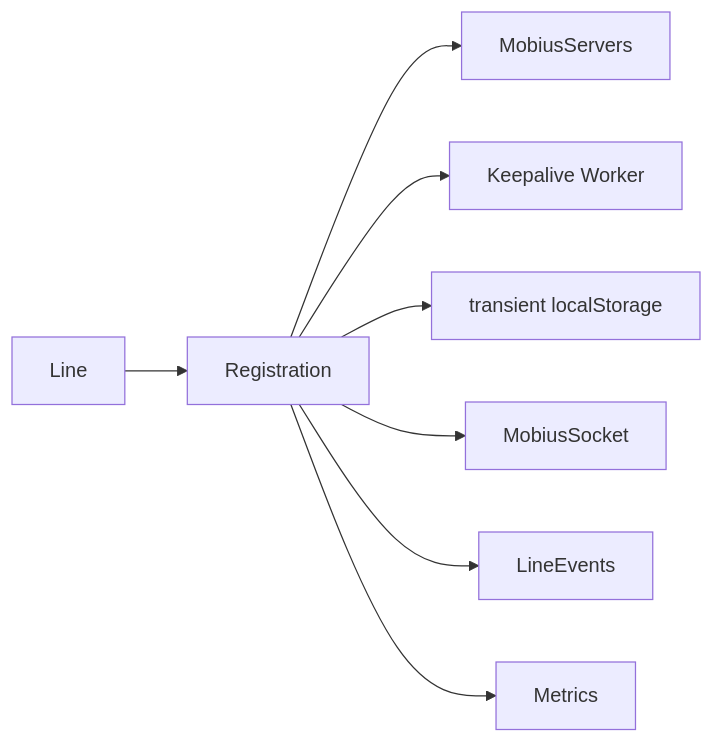
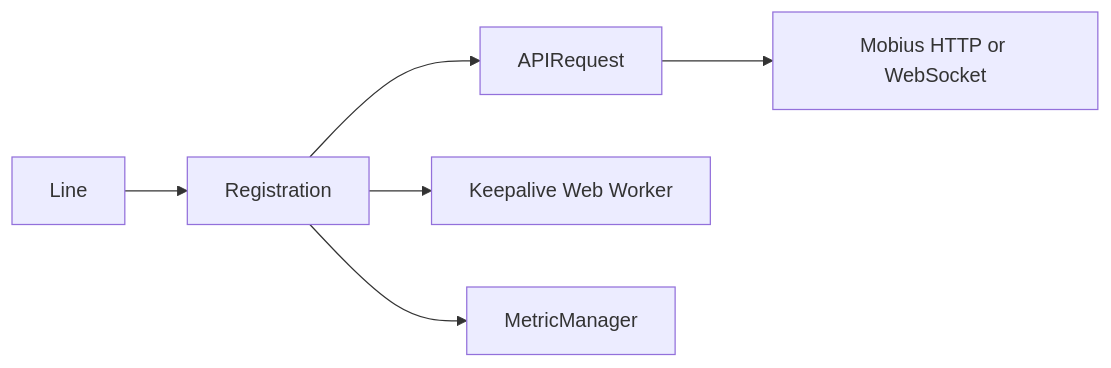
The seventh of 12 diagrams in packages/calling/src/CallingClient/registration/ai-docs/registration-spec.md (webex/webex-js-sdk), drawn with Mermaid before and after one commit. The commit also changed other lines of this file and 59 other files, not shown here.

````diff
--- a/packages/calling/src/CallingClient/registration/ai-docs/registration-spec.md
+++ b/packages/calling/src/CallingClient/registration/ai-docs/registration-spec.md
@@ -66,9 +560,8 @@
 ```mermaid
 flowchart LR
- Line --> Registration --> MobiusServers
- Registration --> Worker[Keepalive Worker]
- Registration --> Storage[transient localStorage]
- Registration --> MobiusSocket
- Registration --> LineEvents
- Registration --> Metrics
+  Line --> Registration
+  Registration --> APIRequest
+  Registration --> Worker[Keepalive Web Worker]
+  Registration --> Metrics[MetricManager]
+  APIRequest --> Mobius[Mobius HTTP or WebSocket]
 ```
````
